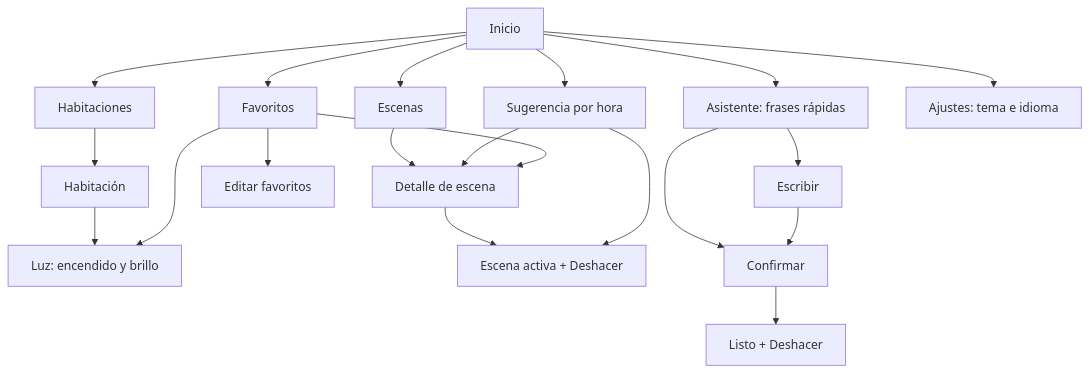
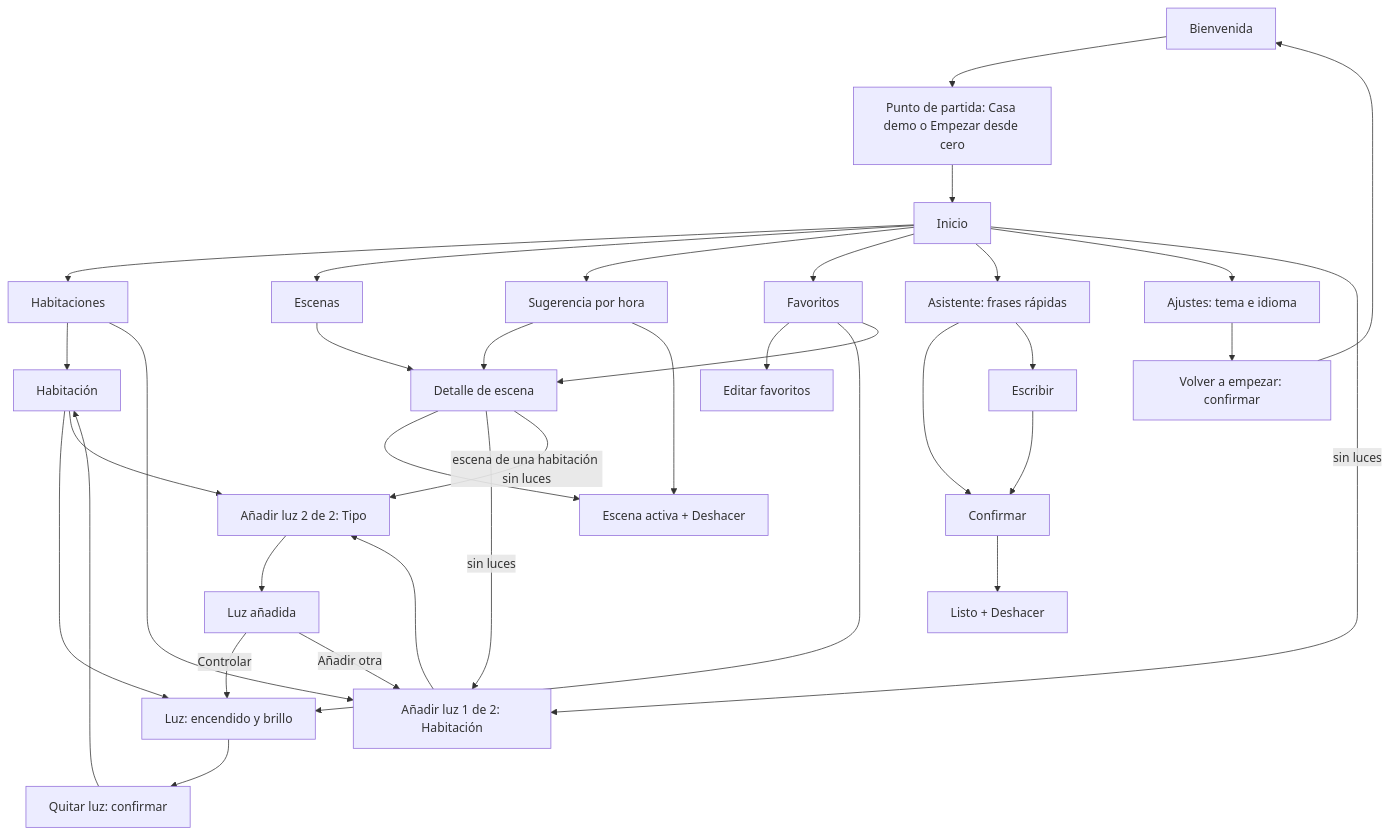
Before and after one commit to AlePython-byte/lumina-wear: the first of 3 diagrams in docs/documentacion.md, drawn with Mermaid. The commit also changed other lines of this file, not shown here.

Commit message:
docs: documenta el primer uso, la gestión de luces y sus límites

````diff
--- a/docs/documentacion.md
+++ b/docs/documentacion.md
@@ -21,13 +22,24 @@
 ```mermaid
 flowchart TD
-  I[Inicio] --> H[Habitaciones] --> R[Habitación] --> L[Luz: encendido y brillo]
+  B[Bienvenida] --> P[Punto de partida: Casa demo o Empezar desde cero] --> I[Inicio]
+  I --> H[Habitaciones] --> R[Habitación] --> L[Luz: encendido y brillo]
   I --> E[Escenas] --> ED[Detalle de escena] --> EA[Escena activa + Deshacer]
   I --> SG[Sugerencia por hora] --> ED
   SG --> EA
   I --> F[Favoritos] --> FE[Editar favoritos]
   F --> L
   F --> ED
   I --> A[Asistente: frases rápidas] --> AC[Confirmar] --> AL[Listo + Deshacer]
   A --> AW[Escribir] --> AC
   I --> S[Ajustes: tema e idioma]
+  S --> VE[Volver a empezar: confirmar] --> B
+  I -->|sin luces| A1[Añadir luz 1 de 2: Habitación]
+  H --> A1
+  A1 --> A2[Añadir luz 2 de 2: Tipo]
+  R --> A2
+  ED -->|sin luces| A1
+  ED -->|escena de una habitación sin luces| A2
+  A2 --> A3[Luz añadida] -->|Controlar| L
+  A3 -->|Añadir otra| A1
+  L --> Q[Quitar luz: confirmar] --> R
 ```
````
